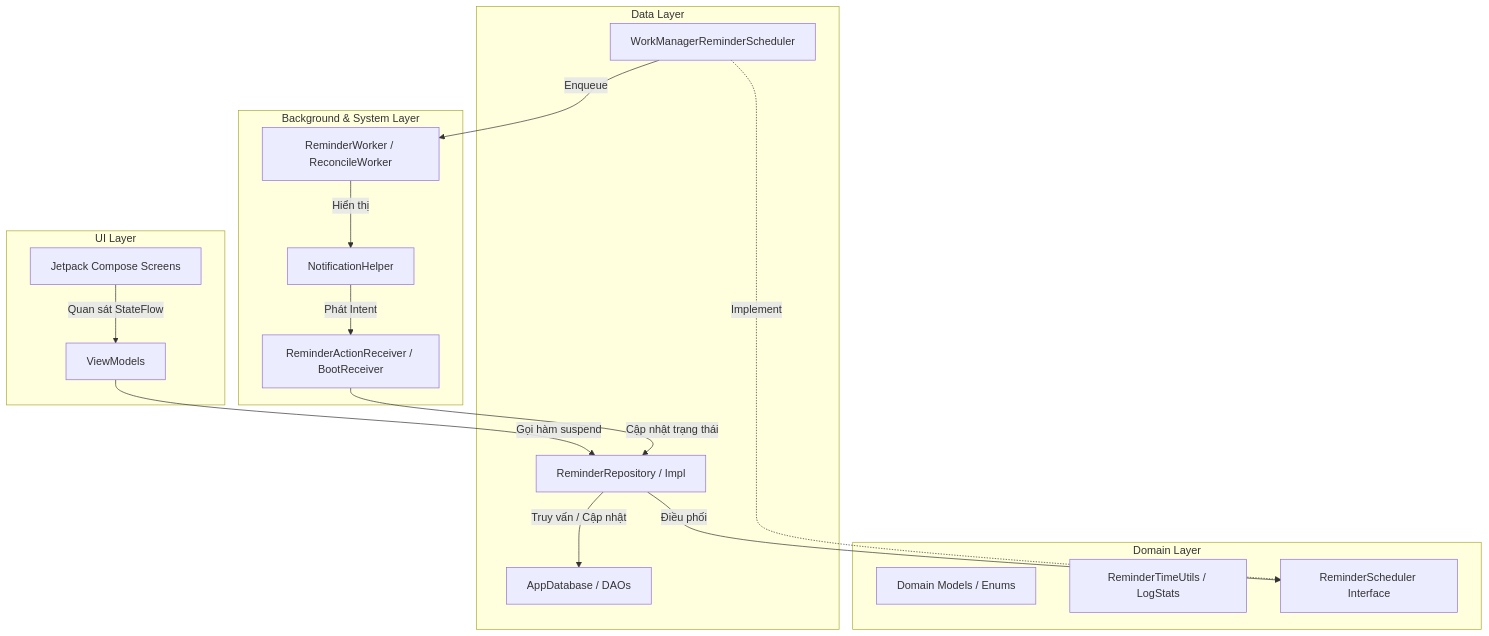
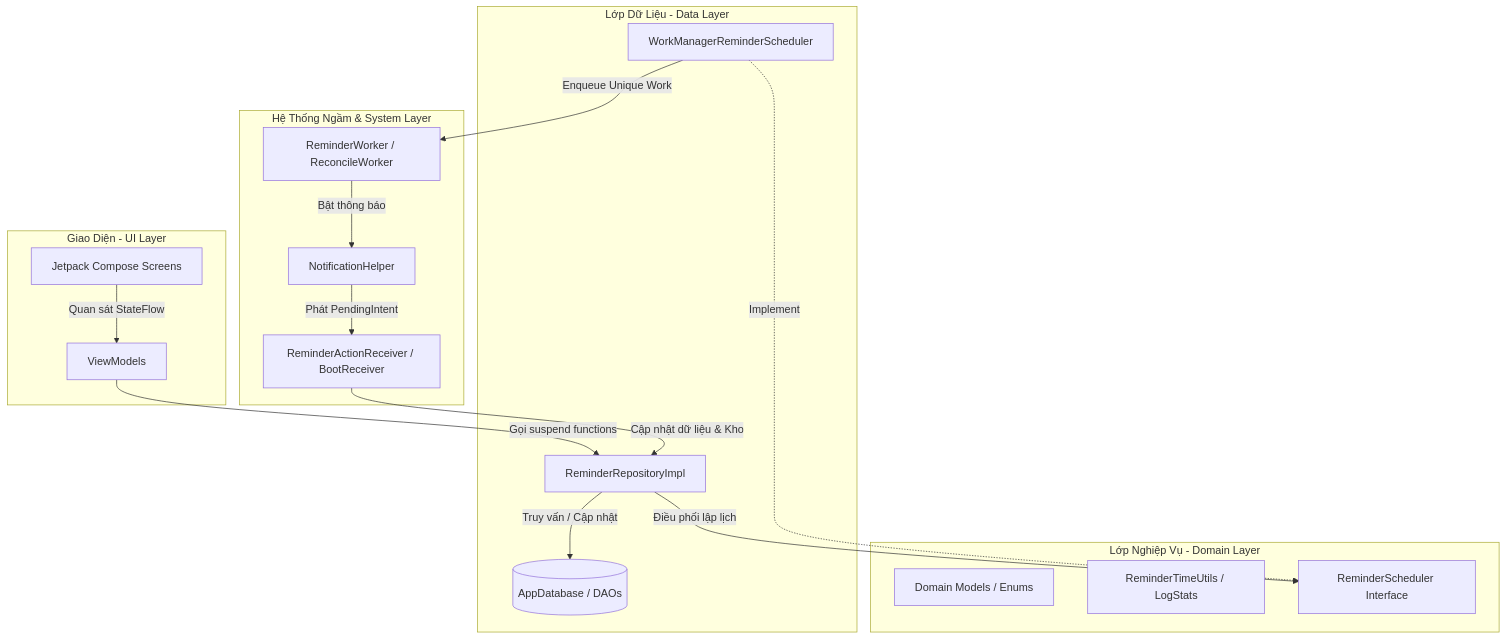
The first of 4 diagrams in PROJECT_DOCUMENTATION.md (trung150704/WorkManager), drawn with Mermaid before and after one commit. The commit also changed other lines of this file and 19 other files, not shown here.

````diff
--- a/PROJECT_DOCUMENTATION.md
+++ b/PROJECT_DOCUMENTATION.md
@@ -55,35 +62,35 @@
 ```mermaid
 graph TD
-    subgraph UI Layer
+    subgraph UI Layer [Giao Diện - UI Layer]
         UI[Jetpack Compose Screens]
         VM[ViewModels]
     end
 
-    subgraph Domain Layer
+    subgraph Domain Layer [Lớp Nghiệp Vụ - Domain Layer]
         Model[Domain Models / Enums]
         Utils[ReminderTimeUtils / LogStats]
         Scheduler[ReminderScheduler Interface]
     end
 
-    subgraph Data Layer
-        Repo[ReminderRepository / Impl]
-        Room[AppDatabase / DAOs]
-        WM[WorkManagerReminderScheduler]
+    subgraph Data Layer [Lớp Dữ Liệu - Data Layer]
+        RepoImpl[ReminderRepositoryImpl]
+        RoomDB[(AppDatabase / DAOs)]
+        WMScheduler[WorkManagerReminderScheduler]
     end
 
-    subgraph Background & System Layer
+    subgraph Background System [Hệ Thống Ngầm & System Layer]
         Worker[ReminderWorker / ReconcileWorker]
         Receiver[ReminderActionReceiver / BootReceiver]
         Notif[NotificationHelper]
     end
 
     UI -->|Quan sát StateFlow| VM
-    VM -->|Gọi hàm suspend| Repo
-    Repo -->|Truy vấn / Cập nhật| Room
-    Repo -->|Điều phối| Scheduler
-    WM -.->|Implement| Scheduler
-    WM -->|Enqueue| Worker
-    Worker -->|Hiển thị| Notif
-    Notif -->|Phát Intent| Receiver
-    Receiver -->|Cập nhật trạng thái| Repo
+    VM -->|Gọi suspend functions| RepoImpl
+    RepoImpl -->|Truy vấn / Cập nhật| RoomDB
+    RepoImpl -->|Điều phối lập lịch| Scheduler
+    WMScheduler -.->|Implement| Scheduler
+    WMScheduler -->|Enqueue Unique Work| Worker
+    Worker -->|Bật thông báo| Notif
+    Notif -->|Phát PendingIntent| Receiver
+    Receiver -->|Cập nhật dữ liệu & Kho| RepoImpl
 ```
````
